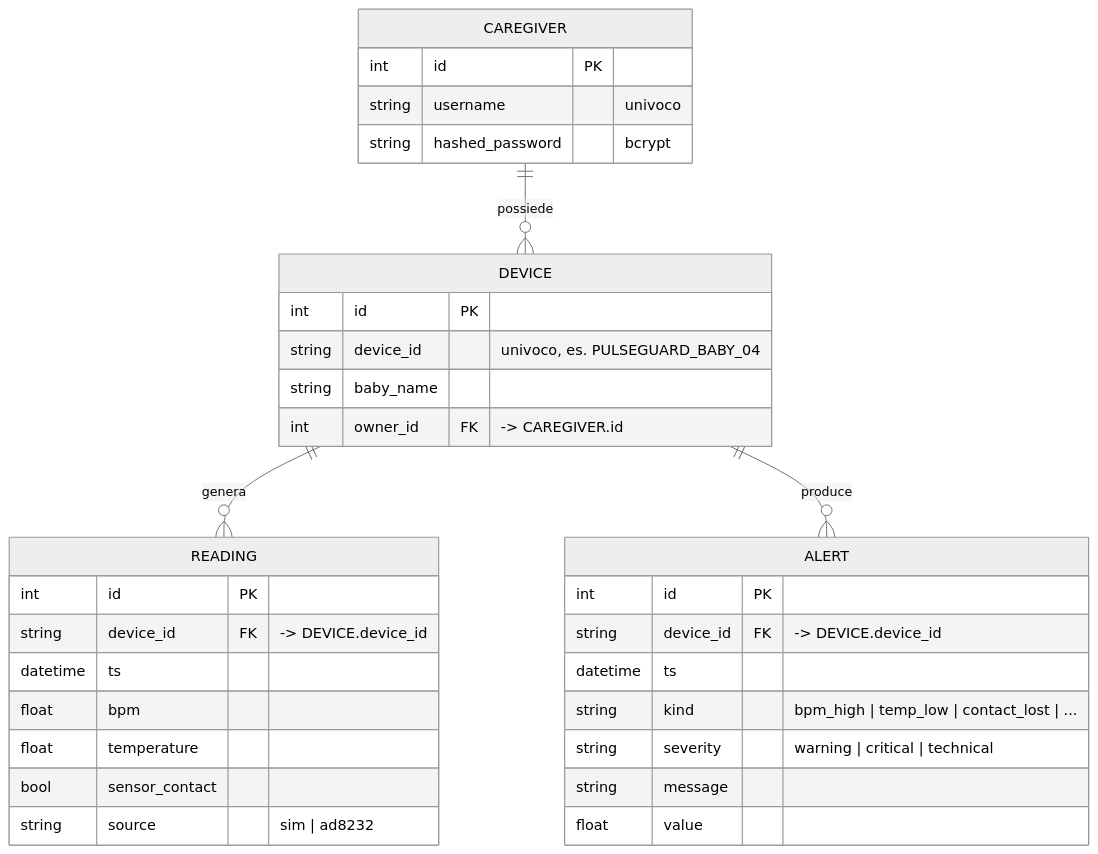
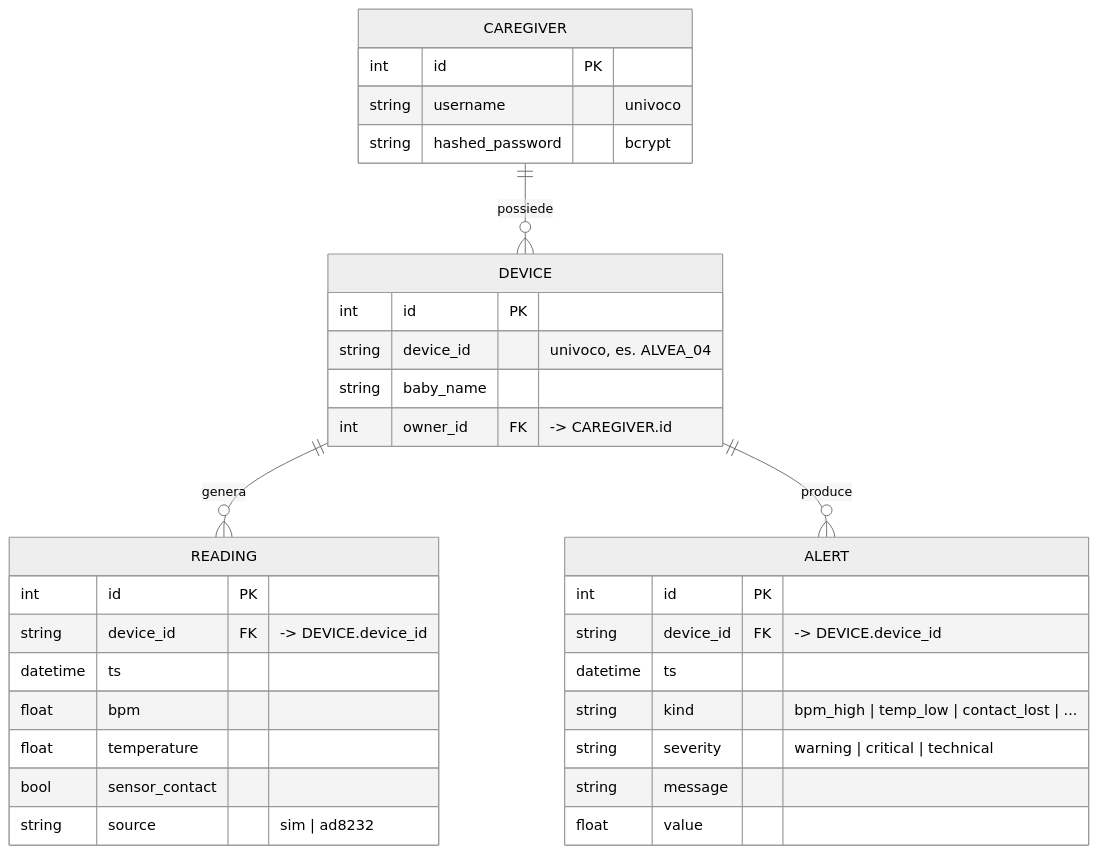
Before and after one commit to acrisci05/Alvea: the diagram in docs/03-er-schema.md, drawn with Mermaid (neutral theme). The commit also changed 25 other files, not shown here.

Commit message:
Aggiornato: rinominato il progetto da PulseGuard-Baby ad Alvea (branding, topic MQTT, ID device, container, dashboard)

````diff
--- a/docs/03-er-schema.md
+++ b/docs/03-er-schema.md
@@ -5,36 +5,36 @@
 ```mermaid
 erDiagram
     CAREGIVER ||--o{ DEVICE : possiede
     DEVICE   ||--o{ READING : genera
     DEVICE   ||--o{ ALERT   : produce
 
     CAREGIVER {
         int    id PK
         string username "univoco"
         string hashed_password "bcrypt"
     }
     DEVICE {
         int    id PK
-        string device_id "univoco, es. PULSEGUARD_BABY_04"
+        string device_id "univoco, es. ALVEA_04"
         string baby_name
         int    owner_id FK "-> CAREGIVER.id"
     }
     READING {
         int      id PK
         string   device_id FK "-> DEVICE.device_id"
         datetime ts
         float    bpm
         float    temperature
         bool     sensor_contact
         string   source "sim | ad8232"
     }
     ALERT {
         int      id PK
         string   device_id FK "-> DEVICE.device_id"
         datetime ts
         string   kind "bpm_high | temp_low | contact_lost | ..."
         string   severity "warning | critical | technical"
         string   message
         float    value
     }
 ```
````
